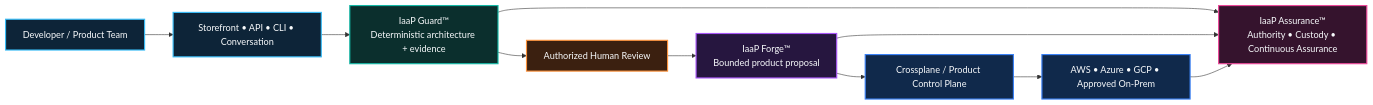
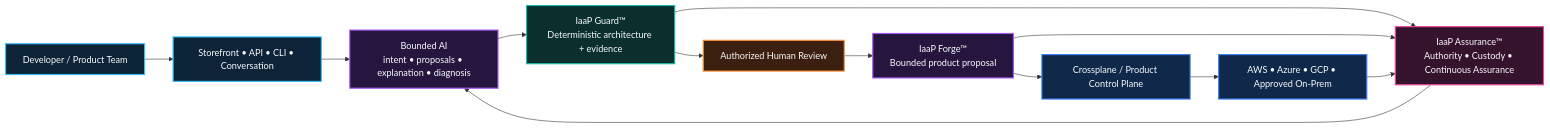
One commit to InfrastructureProductWorks/.github changed the diagram in profile/README.md. Above: the diagram before and after it, drawn with Mermaid. The commit also changed other lines of this file, not shown here.

````diff
--- a/profile/README.md
+++ b/profile/README.md
@@ -38,34 +64,39 @@
 ```mermaid
 flowchart LR
     DEV[Developer / Product Team]
     EXP[Storefront • API • CLI • Conversation]
+    AI[Bounded AI\nintent • proposals • explanation • diagnosis]
     GUARD[IaaP Guard™\nDeterministic architecture + evidence]
     HUMAN[Authorized Human Review]
     FORGE[IaaP Forge™\nBounded product proposal]
     CONTROL[Crossplane / Product Control Plane]
     CLOUD[AWS • Azure • GCP • Approved On-Prem]
     ASSURE[IaaP Assurance™\nAuthority • Custody • Continuous Assurance]
 
     DEV --> EXP
-    EXP --> GUARD
+    EXP --> AI
+    AI --> GUARD
     GUARD --> HUMAN
     HUMAN --> FORGE
     FORGE --> CONTROL
     CONTROL --> CLOUD
     GUARD --> ASSURE
     FORGE --> ASSURE
     CLOUD --> ASSURE
+    ASSURE --> AI
 
     classDef experience fill:#0D2438,stroke:#38BDF8,stroke-width:2px,color:#F8FAFC
+    classDef intelligence fill:#26163F,stroke:#A855F7,stroke-width:2px,color:#F8FAFC
     classDef guard fill:#0B2F2D,stroke:#14B8A6,stroke-width:2px,color:#F8FAFC
     classDef authority fill:#3B2010,stroke:#FB923C,stroke-width:2px,color:#F8FAFC
     classDef forge fill:#26163F,stroke:#A855F7,stroke-width:2px,color:#F8FAFC
     classDef control fill:#10294B,stroke:#3B82F6,stroke-width:2px,color:#F8FAFC
     classDef assurance fill:#35132D,stroke:#EC4899,stroke-width:2px,color:#F8FAFC
     class DEV,EXP experience
+    class AI intelligence
     class GUARD guard
     class HUMAN authority
     class FORGE forge
     class CONTROL,CLOUD control
     class ASSURE assurance
 ```
````
